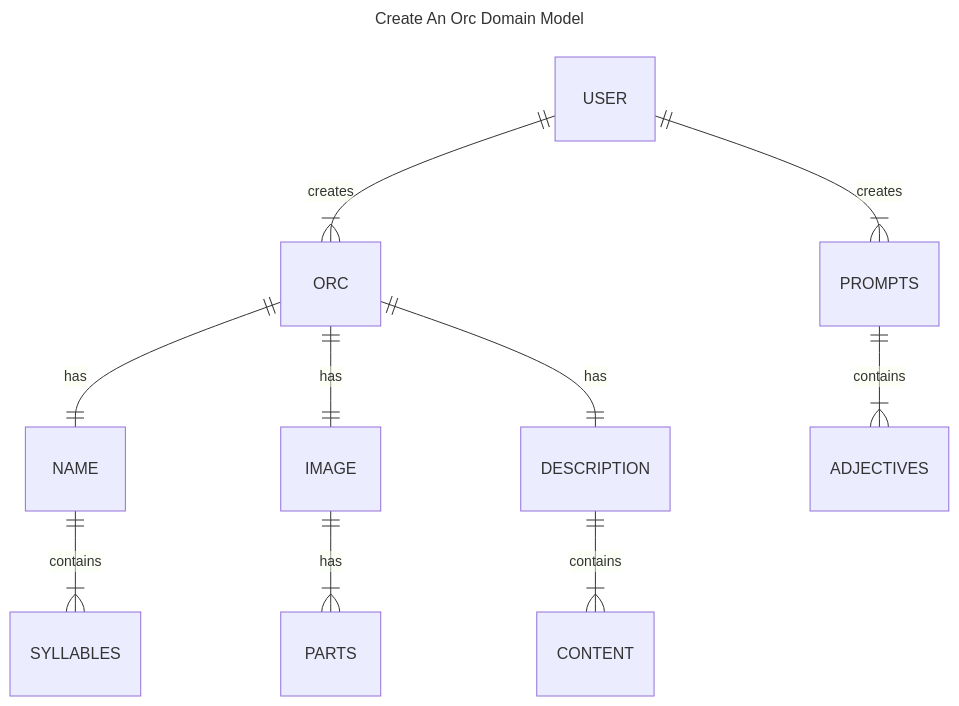
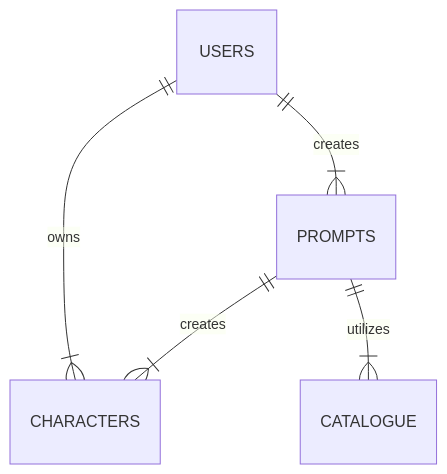
One commit to Wren00/create-an-orc changed the diagram in README.md. Above: the diagram before and after it, drawn with Mermaid. The commit also changed other lines of this file, not shown here.

````diff
--- a/README.md
+++ b/README.md
@@ -84,15 +52,7 @@
 ```mermaid
----
-title: Create An Orc Domain Model
----
 erDiagram
-USER ||--|{ ORC : creates
-USER ||--|{ PROMPTS : creates
-ORC ||--|| NAME : has
-ORC ||--|| IMAGE : has
-ORC ||--|| DESCRIPTION : has
-PROMPTS ||--|{ ADJECTIVES : contains
-IMAGE ||--|{ PARTS : has
-DESCRIPTION ||--|{ CONTENT : contains   	
-NAME ||--|{ SYLLABLES : contains
+USERS ||--|{ CHARACTERS : owns
+USERS ||--|{ PROMPTS : creates
+PROMPTS ||--|{ CATALOGUE : utilizes
+PROMPTS ||--|{ CHARACTERS : creates
 ```
````
